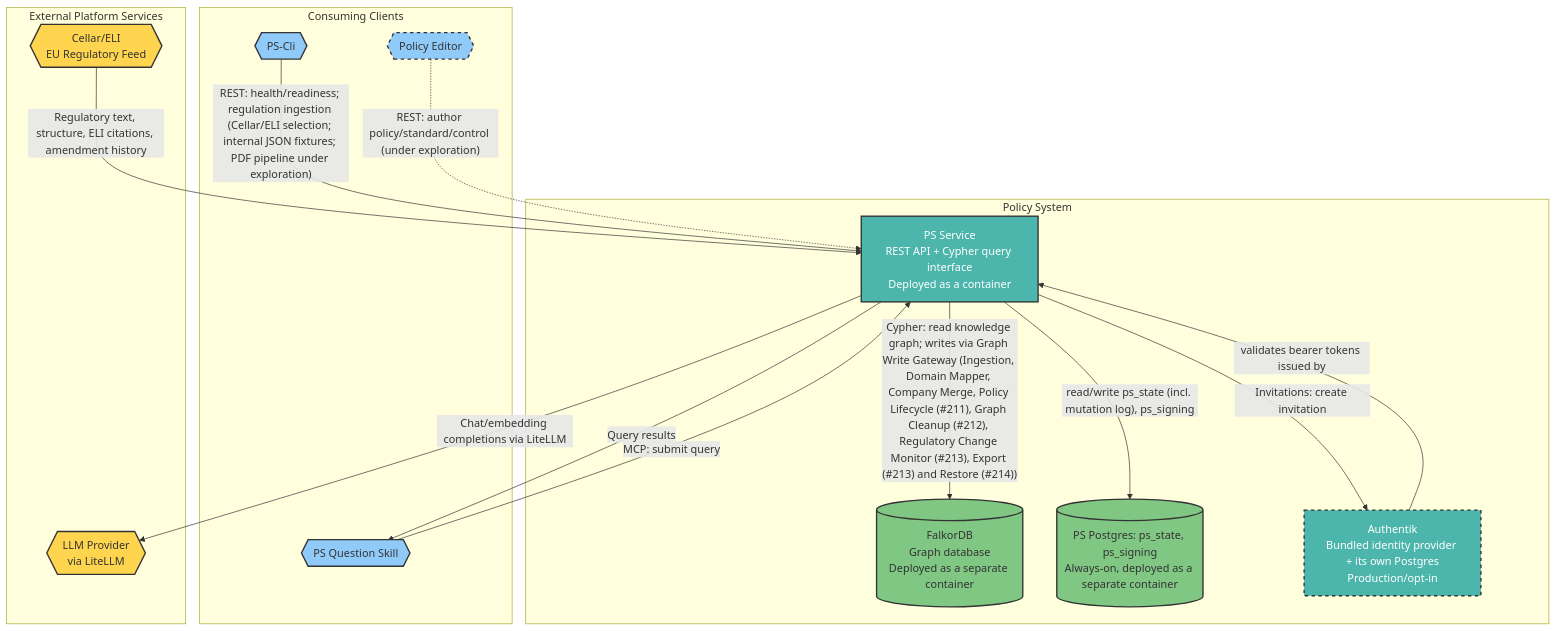
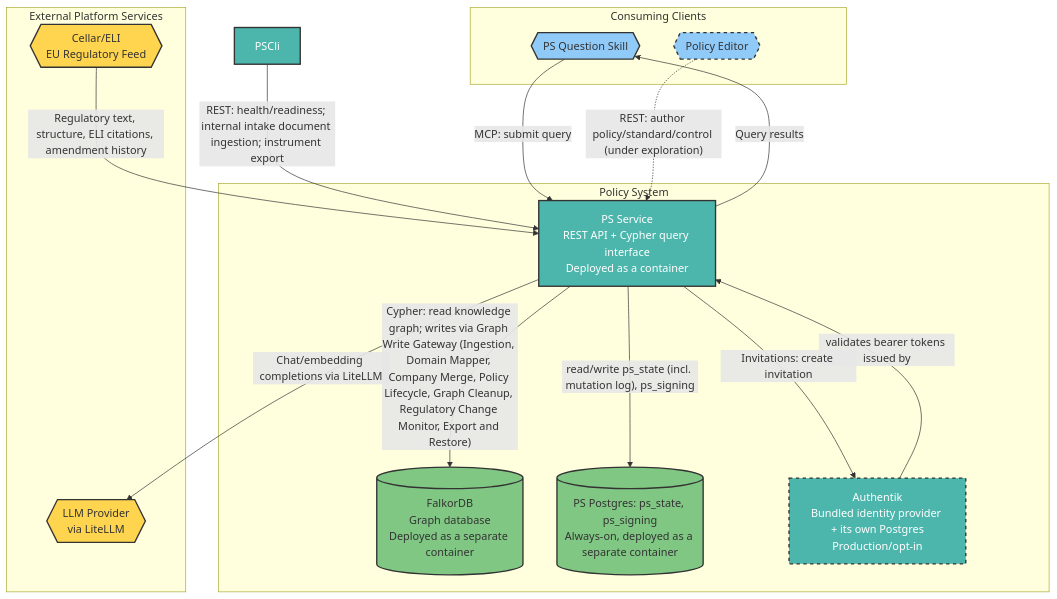
Before and after one commit to mindovermachine-dev/policy-system: the second of 2 diagrams in docs/architecture/ps-solution-architecture.md, drawn with Mermaid. The commit also changed other lines of this file and 23 other files, not shown here.

First line of the commit message:
chore(audit): audit documentation against the code and complete container architecture - resolves #254

````diff
--- a/docs/architecture/ps-solution-architecture.md
+++ b/docs/architecture/ps-solution-architecture.md
@@ -150,43 +150,42 @@
 ```mermaid
 graph TB
     subgraph Clients["Consuming Clients"]
-        PSCli{{PS-Cli}}
         PSSkill{{PS Question Skill}}
         PolicyEditor{{Policy Editor}}
     end
 
     subgraph Platform["External Platform Services"]
         Cellar{{Cellar/ELI<br/>EU Regulatory Feed}}
         LLMProvider{{LLM Provider<br/>via LiteLLM}}
     end
 
     subgraph System_Name["Policy System"]
         PSService[PS Service<br/>REST API + Cypher query interface<br/>Deployed as a container]
         FalkorDB[(FalkorDB<br/>Graph database<br/>Deployed as a separate container)]
         PSPostgres[(PS Postgres: ps_state, ps_signing<br/>Always-on, deployed as a separate container)]
         Authentik[Authentik<br/>Bundled identity provider + its own Postgres<br/>Production/opt-in]
 
-        PSService -->|"Cypher: read knowledge graph; writes via Graph Write Gateway (Ingestion, Domain Mapper, Company Merge, Policy Lifecycle (#211), Graph Cleanup (#212), Regulatory Change Monitor (#213), Export (#213) and Restore (#214))"| FalkorDB
+        PSService -->|"Cypher: read knowledge graph; writes via Graph Write Gateway (Ingestion, Domain Mapper, Company Merge, Policy Lifecycle, Graph Cleanup, Regulatory Change Monitor, Export and Restore)"| FalkorDB
         PSService -->|"read/write ps_state (incl. mutation log), ps_signing"| PSPostgres
         Authentik -->|"validates bearer tokens issued by"| PSService
         PSService -->|"Invitations: create invitation"| Authentik
     end
 
-    PSCli -->|"REST: health/readiness; regulation ingestion (Cellar/ELI selection; internal JSON fixtures; PDF pipeline under exploration)"| PSService
+    PSCli -->|"REST: health/readiness; internal intake document ingestion; instrument export"| PSService
     PSSkill -->|"MCP: submit query"| PSService
     PSService -->|"Query results"| PSSkill
     PolicyEditor -.->|"REST: author policy/standard/control (under exploration)"| PSService
 
     Cellar -->|"Regulatory text, structure, ELI citations, amendment history"| PSService
     PSService -->|"Chat/embedding completions via LiteLLM"| LLMProvider
 
-    style PSCli fill:#90CAF9,stroke:#333,stroke-width:2px,color:#333
+    style PSCli fill:#4DB6AC,stroke:#333,stroke-width:2px,color:#FFFFFF
     style PSSkill fill:#90CAF9,stroke:#333,stroke-width:2px,color:#333
     style PolicyEditor fill:#90CAF9,stroke:#333,stroke-width:2px,color:#333,stroke-dasharray: 5 5
     style Cellar fill:#FFD54F,stroke:#333,stroke-width:2px,color:#333
     style LLMProvider fill:#FFD54F,stroke:#333,stroke-width:2px,color:#333
     style PSService fill:#4DB6AC,stroke:#333,stroke-width:2px,color:#FFFFFF
     style FalkorDB fill:#81C784,stroke:#333,stroke-width:2px,color:#333
     style PSPostgres fill:#81C784,stroke:#333,stroke-width:2px,color:#333
     style Authentik fill:#4DB6AC,stroke:#333,stroke-width:2px,color:#FFFFFF,stroke-dasharray: 5 5
 ```
````
